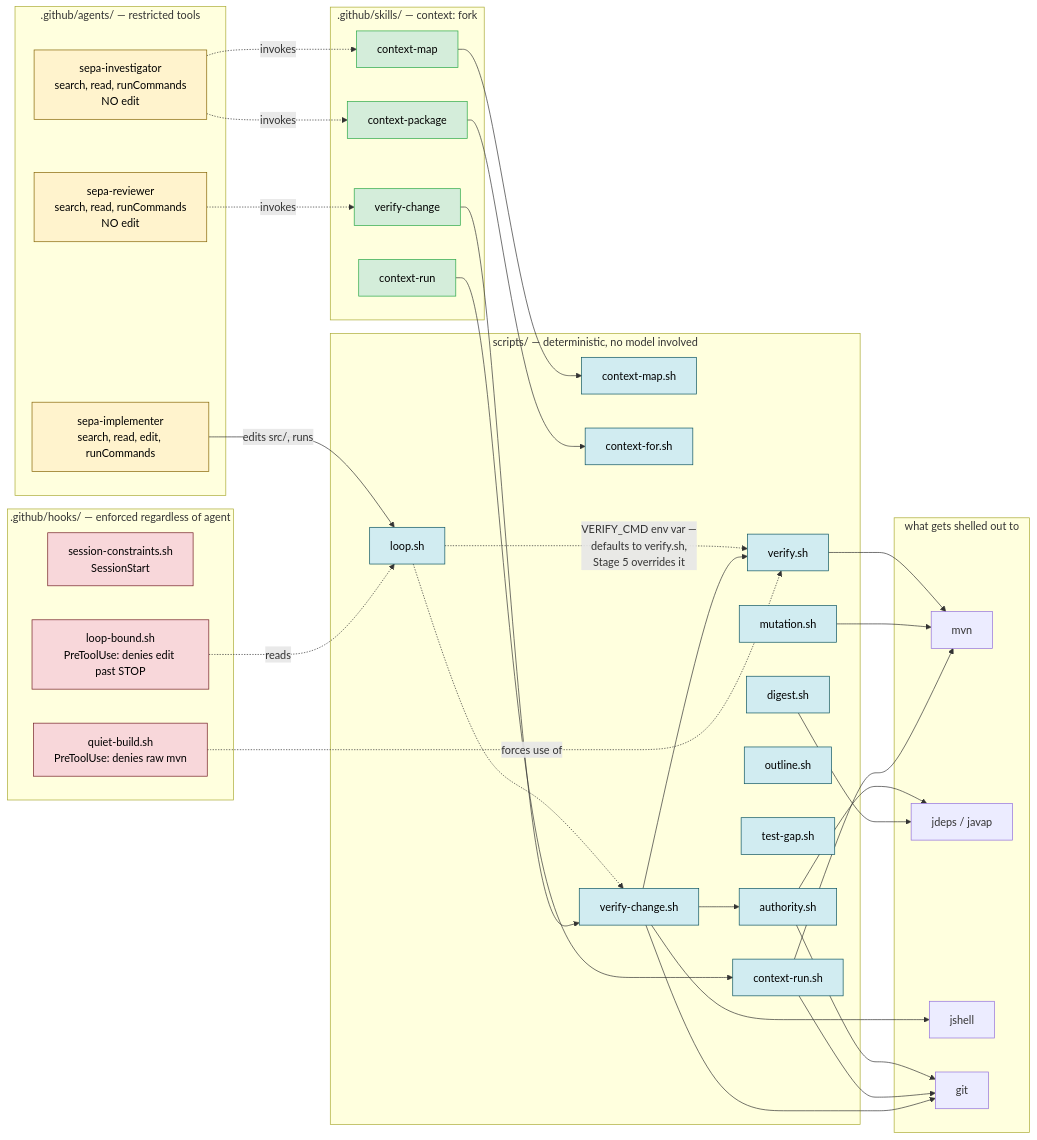
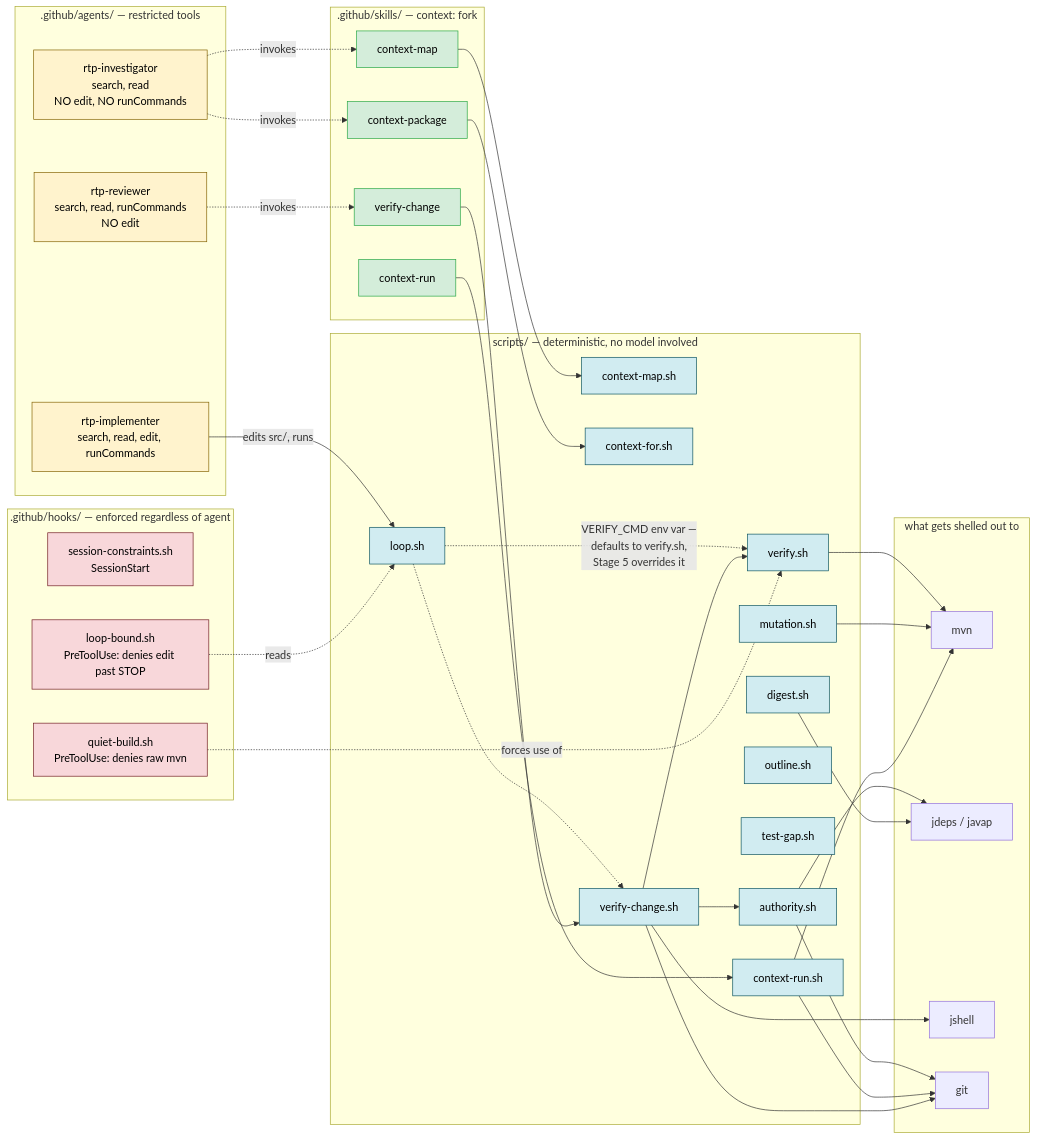
Before and after one commit to ArulaAI/context-engineering-part-2: the second of 4 diagrams in ARCHITECTURE.md, drawn with Mermaid. The commit also changed other lines of this file and 52 other files, not shown here.

````diff
--- a/ARCHITECTURE.md
+++ b/ARCHITECTURE.md
@@ -125,75 +133,75 @@
 ```mermaid
 graph LR
     subgraph tools["what gets shelled out to"]
         MVN[mvn]
         JDEPS[jdeps / javap]
         JSHELL[jshell]
         GIT[git]
     end
 
     subgraph scripts["scripts/ — deterministic, no model involved"]
         VS[verify.sh]
         AS2[authority.sh]
         DS[digest.sh]
         OS[outline.sh]
         TGS[test-gap.sh]
         MS[mutation.sh]
         LS[loop.sh]
         CMS[context-map.sh]
         CRS[context-run.sh]
         CFS[context-for.sh]
         VCS[verify-change.sh]
     end
 
     VS --> MVN
     AS2 --> GIT
     AS2 --> JDEPS
     DS --> JDEPS
     MS --> MVN
     CRS --> MVN
     CRS --> GIT
     LS -.->|"VERIFY_CMD env var —<br/>defaults to verify.sh,<br/>Stage 5 overrides it"| VS
     LS -.-> VCS
     VCS --> VS
     VCS --> AS2
     VCS --> JSHELL
     VCS --> GIT
 
     subgraph skills[".github/skills/ — context: fork"]
         SK1[context-map]
         SK2[context-run]
         SK3[context-package]
         SK4[verify-change]
     end
     SK1 --> CMS
     SK2 --> CRS
     SK3 --> CFS
     SK4 --> VCS
 
     subgraph agents[".github/agents/ — restricted tools"]
-        AG1["sepa-investigator<br/>search, read, runCommands<br/>NO edit"]
-        AG2["sepa-implementer<br/>search, read, edit, runCommands"]
-        AG3["sepa-reviewer<br/>search, read, runCommands<br/>NO edit"]
+        AG1["rtp-investigator<br/>search, read<br/>NO edit, NO runCommands"]
+        AG2["rtp-implementer<br/>search, read, edit, runCommands"]
+        AG3["rtp-reviewer<br/>search, read, runCommands<br/>NO edit"]
     end
     AG1 -.->|invokes| SK1
     AG1 -.->|invokes| SK3
     AG2 -->|"edits src/, runs"| LS
     AG3 -.->|invokes| SK4
 
     subgraph hooks[".github/hooks/ — enforced regardless of agent"]
         H1[session-constraints.sh<br/>SessionStart]
         H2[quiet-build.sh<br/>PreToolUse: denies raw mvn]
         H3[loop-bound.sh<br/>PreToolUse: denies edit past STOP]
     end
     H2 -.->|forces use of| VS
     H3 -.->|reads| LS
 
     classDef script fill:#d1ecf1,stroke:#0c5460,color:#000
     classDef skill fill:#d4edda,stroke:#28a745,color:#000
     classDef agent fill:#fff3cd,stroke:#856404,color:#000
     classDef hook fill:#f8d7da,stroke:#721c24,color:#000
     class VS,AS2,DS,OS,TGS,MS,LS,CMS,CRS,CFS,VCS script
     class SK1,SK2,SK3,SK4 skill
     class AG1,AG2,AG3 agent
     class H1,H2,H3 hook
 ```
````
